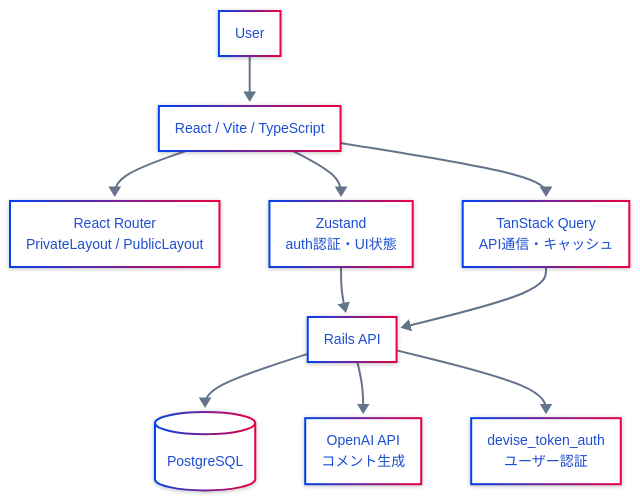
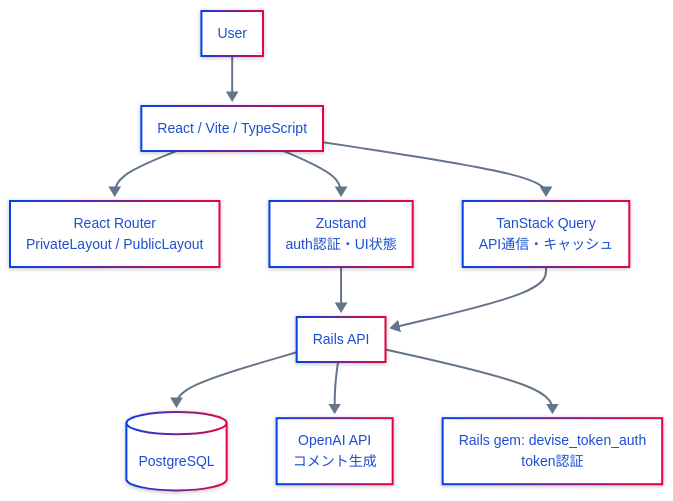
Before and after one commit to yuji-2293/ColorMirror_Re: the first of 2 diagrams in README.md, drawn with Mermaid. The commit also changed other lines of this file, not shown here.

````diff
--- a/README.md
+++ b/README.md
@@ -10,43 +34,43 @@
 ```mermaid
 ---
 config:
 
   theme: neo
 
   look: neo
 
   layout: fixed
 
   themeVariables:
 
     primaryColor: "#2563eb"
 
     primaryTextColor: "#1d4ed2"
 
     primaryBorderColor: "#1d4ed8"
 
     lineColor: "#64748b"
 
     secondaryColor: "#f8fafc"
 
     tertiaryColor: "#e2e8f0"
 
     fontFamily: "Inter"   
 ---
 flowchart TB
     User["User"] --> React["React / Vite / TypeScript"]
 
     React --> Router["React Router<br> PrivateLayout / PublicLayout"]
     React --> Zustand["Zustand<br>auth認証・UI状態"]
     React --> Query["TanStack Query<br>API通信・キャッシュ"]
     
     Rails["Rails API"]
 
     Zustand --> Rails["Rails API"]
     Query --> Rails["Rails API"]
     
     Rails --> DB[("PostgreSQL")]
     Rails --> AI["OpenAI API<br>コメント生成"] 
-    Rails --> Auth["devise_token_auth<br>ユーザー認証"]
+    Rails --> Auth["Rails gem: devise_token_auth<br>token認証"]
     
 ```
````
